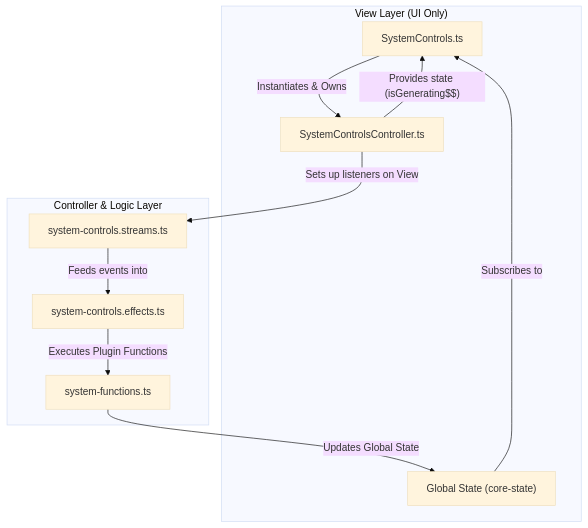
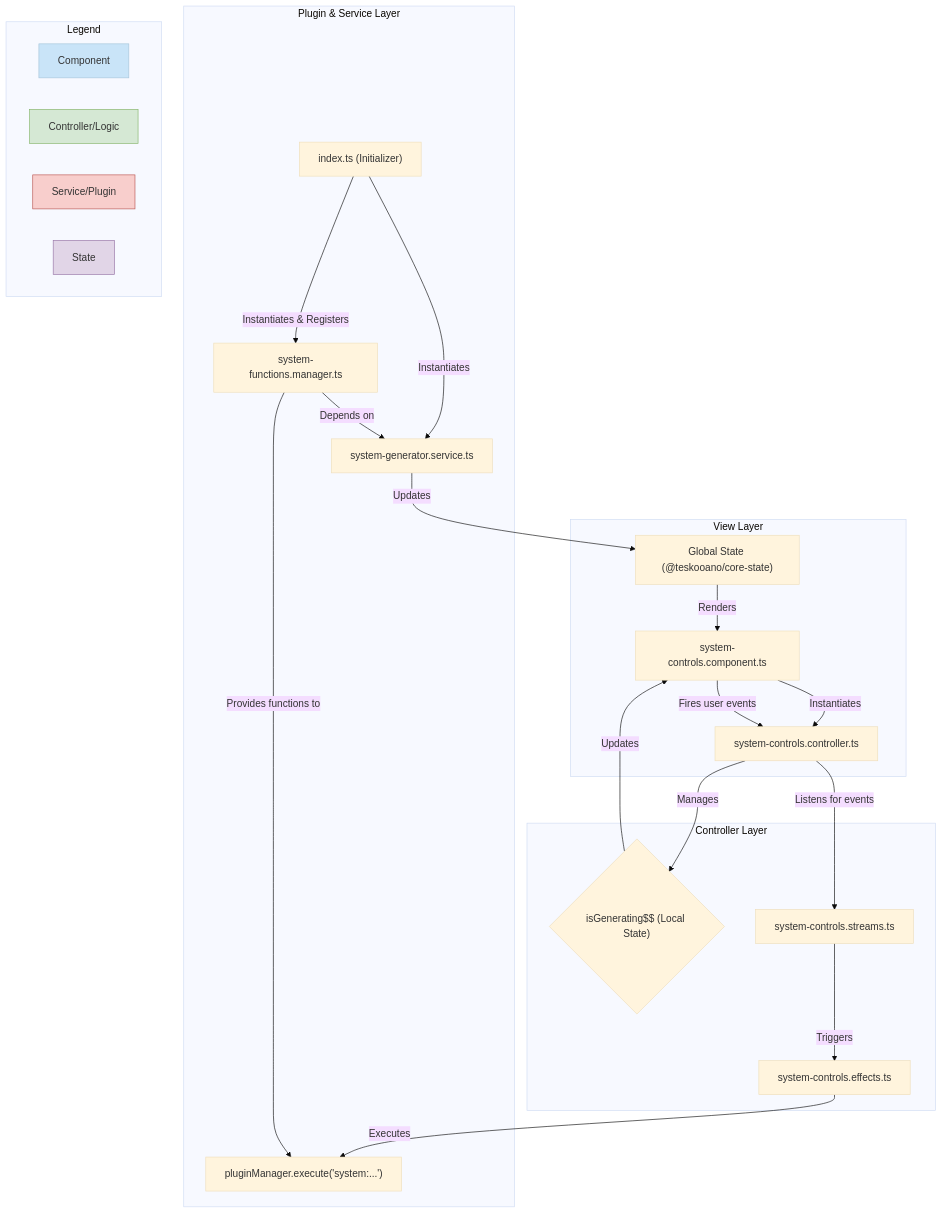
The diagram in apps/teskooano/src/plugins/engine-panel/main-toolbar/system-controls/ARCHITECTURE.md (tanepiper/teskooano), drawn with Mermaid (base theme) before and after one commit. The commit also changed other lines of this file and 10 other files, not shown here.

Commit message:
ui: refactor and cleanup system controls

````diff
--- a/apps/teskooano/src/plugins/engine-panel/main-toolbar/system-controls/ARCHITECTURE.md
+++ b/apps/teskooano/src/plugins/engine-panel/main-toolbar/system-controls/ARCHITECTURE.md
@@ -20,15 +21,42 @@
 ```mermaid
 graph TD
-    subgraph "View Layer (UI Only)"
-        A["SystemControls.ts"] -- "Instantiates & Owns" --> B["SystemControlsController.ts"];
-        B -- "Provides state (isGenerating$$)" --> A;
-        D["Global State (core-state)"] -- "Subscribes to" --> A;
+    subgraph "View Layer"
+        A["system-controls.component.ts"] -- "Instantiates" --> B;
+        D["Global State (@teskooano/core-state)"] -- "Renders" --> A;
+        A -- "Fires user events" --> B;
     end
 
-    subgraph "Controller & Logic Layer"
-        B -- "Sets up listeners on View" --> E["system-controls.streams.ts"];
-        E -- "Feeds events into" --> F["system-controls.effects.ts"];
-        F -- "Executes Plugin Functions" --> G["system-functions.ts"];
-        G -- "Updates Global State" --> D;
+    subgraph "Controller Layer"
+        B["system-controls.controller.ts"] -- "Manages" --> C{"isGenerating$$ (Local State)"};
+        C -- "Updates" --> A;
+        B -- "Listens for events" --> E["system-controls.streams.ts"];
+        E -- "Triggers" --> F["system-controls.effects.ts"];
     end
+
+    subgraph "Plugin & Service Layer"
+        F -- "Executes" --> G["pluginManager.execute('system:...')"];
+        I["index.ts (Initializer)"] -- "Instantiates & Registers" --> H["system-functions.manager.ts"];
+        H -- "Provides functions to" --> G;
+        I -- "Instantiates" --> J["system-generator.service.ts"];
+        H -- "Depends on" --> J;
+        J -- "Updates" --> D;
+    end
+
+    subgraph Legend
+        direction LR
+        L1[Component]
+        L2[Controller/Logic]
+        L3[Service/Plugin]
+        L4[State]
+        style L1 fill:#C9E4F8,stroke:#A6C4D9
+        style L2 fill:#D5E8D4,stroke:#82B366
+        style L3 fill:#F8CECC,stroke:#B85450
+        style L4 fill:#E1D5E7,stroke:#9673A6
+    end
+
+    class A,L1 L1;
+    class B,C,E,F,L2 L2;
+    class G,H,I,J,L3 L3;
+    class D,L4 L4;
+
 ```
````
